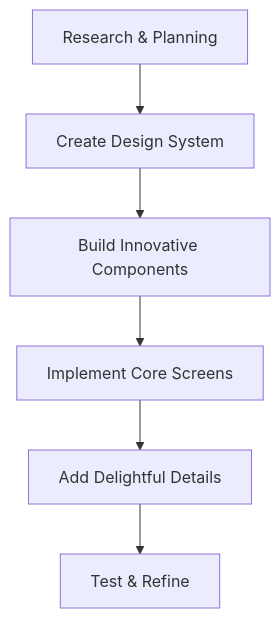
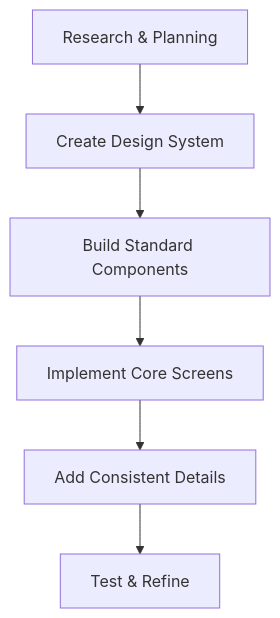
One commit to LEAN-EnLAN/pildhora-expoapp changed the diagram in INNOVATIVE_UI_REDESIGN_PLAN.md. Above: the diagram before and after it, drawn with Mermaid. The commit also changed other lines of this file and 2 other files, not shown here.

First line of the commit message:
refactor(ui): remove DelightfulCard and update to consistent design patterns

````diff
--- a/INNOVATIVE_UI_REDESIGN_PLAN.md
+++ b/INNOVATIVE_UI_REDESIGN_PLAN.md
@@ -54,8 +54,8 @@
 ```mermaid
 graph TD
     A[Research & Planning] --> B[Create Design System]
-    B --> C[Build Innovative Components]
+    B --> C[Build Standard Components]
     C --> D[Implement Core Screens]
-    D --> E[Add Delightful Details]
+    D --> E[Add Consistent Details]
     E --> F[Test & Refine]
 ```
````
